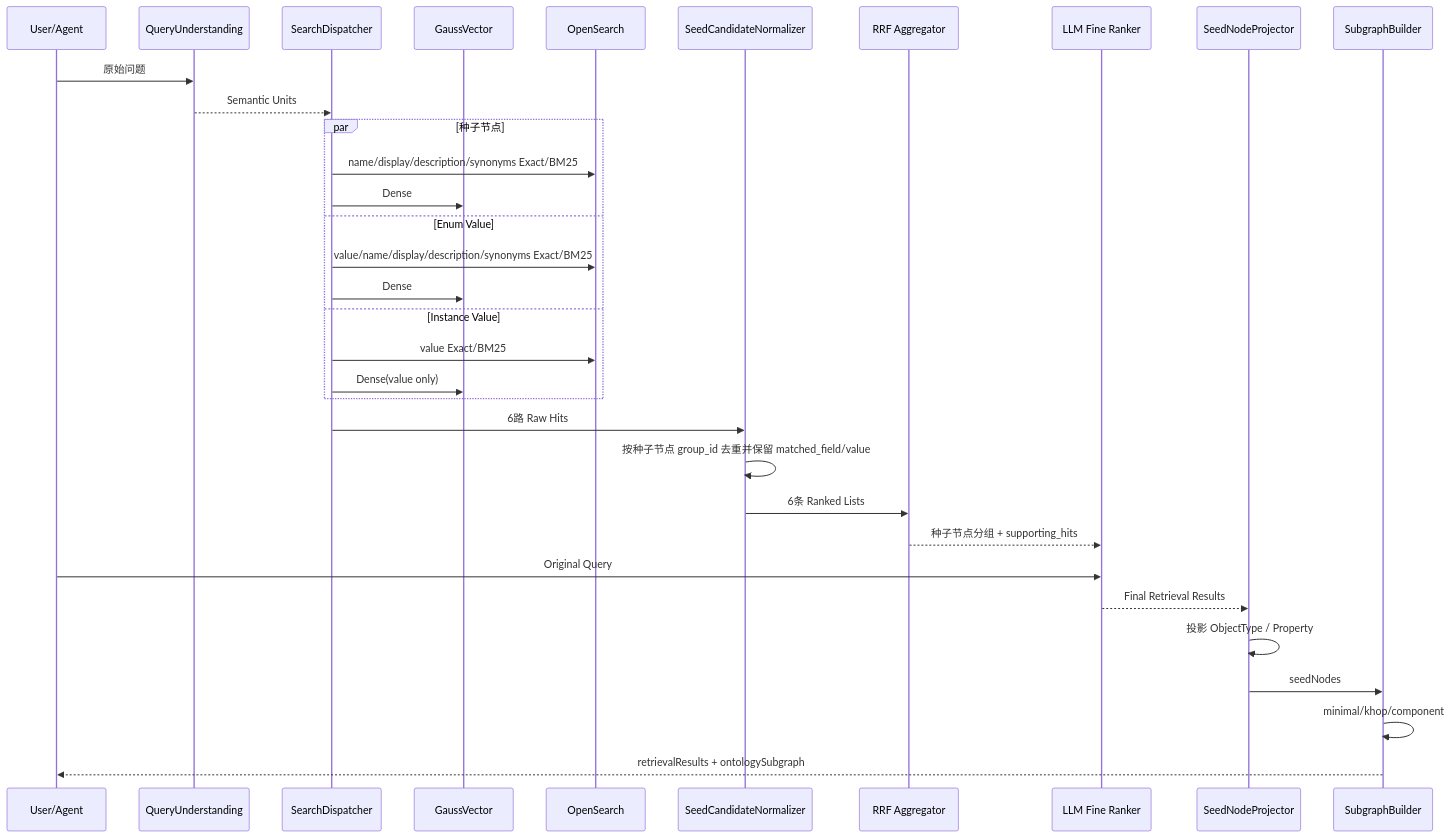
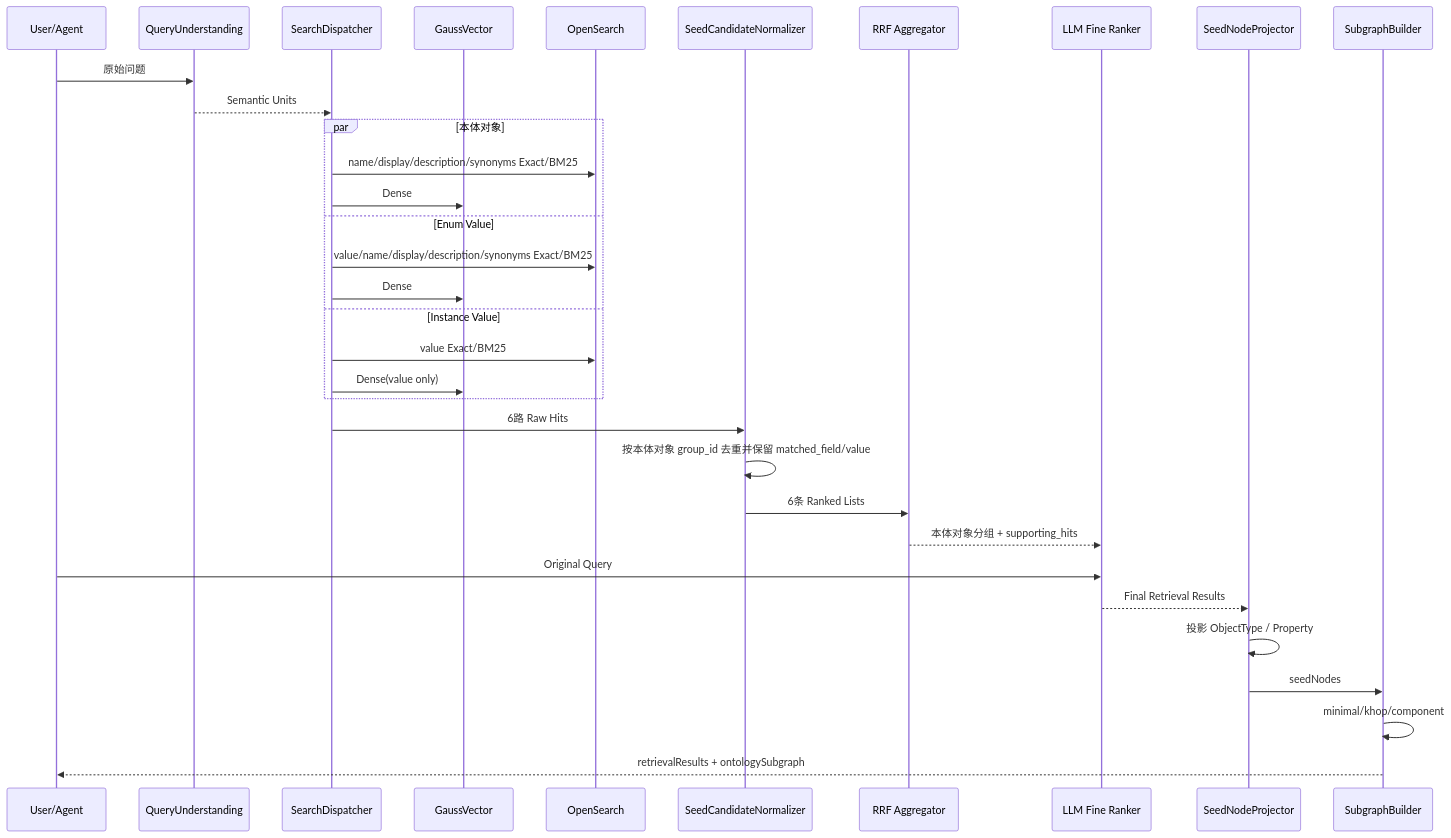
One commit to cfwl100/onology_dsl changed the sixth of 6 diagrams in docs/OAG本体锚点语义检索与向量索引设计方案.md. Above: the diagram before and after it, drawn with Mermaid. The commit also changed other lines of this file and 1 other file, not shown here.

````diff
--- a/docs/OAG本体锚点语义检索与向量索引设计方案.md
+++ b/docs/OAG本体锚点语义检索与向量索引设计方案.md
@@ -4381,38 +4618,38 @@
 ```mermaid
 sequenceDiagram
     participant U as User/Agent
     participant QU as QueryUnderstanding
     participant D as SearchDispatcher
     participant GV as GaussVector
     participant OS as OpenSearch
     participant N as SeedCandidateNormalizer
     participant R as RRF Aggregator
     participant L as LLM Fine Ranker
     participant P as SeedNodeProjector
     participant G as SubgraphBuilder
 
     U->>QU: 原始问题
     QU-->>D: Semantic Units
 
-    par 种子节点
+    par 本体对象
       D->>OS: name/display/description/synonyms Exact/BM25
       D->>GV: Dense
     and Enum Value
       D->>OS: value/name/display/description/synonyms Exact/BM25
       D->>GV: Dense
     and Instance Value
       D->>OS: value Exact/BM25
       D->>GV: Dense(value only)
     end
 
     D->>N: 6路 Raw Hits
-    N->>N: 按种子节点 group_id 去重并保留 matched_field/value
+    N->>N: 按本体对象 group_id 去重并保留 matched_field/value
     N->>R: 6条 Ranked Lists
-    R-->>L: 种子节点分组 + supporting_hits
+    R-->>L: 本体对象分组 + supporting_hits
     U->>L: Original Query
     L-->>P: Final Retrieval Results
     P->>P: 投影 ObjectType / Property
     P->>G: seedNodes
     G->>G: minimal/khop/component
     G-->>U: retrievalResults + ontologySubgraph
 ```
````
